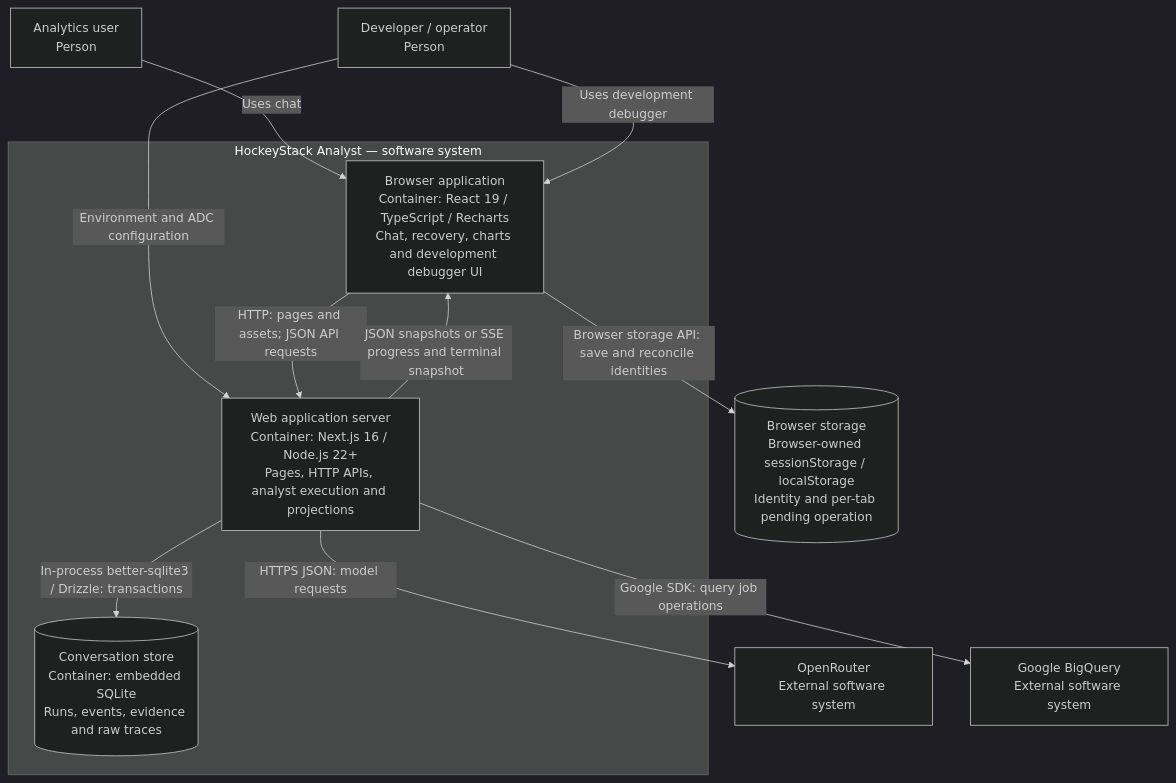
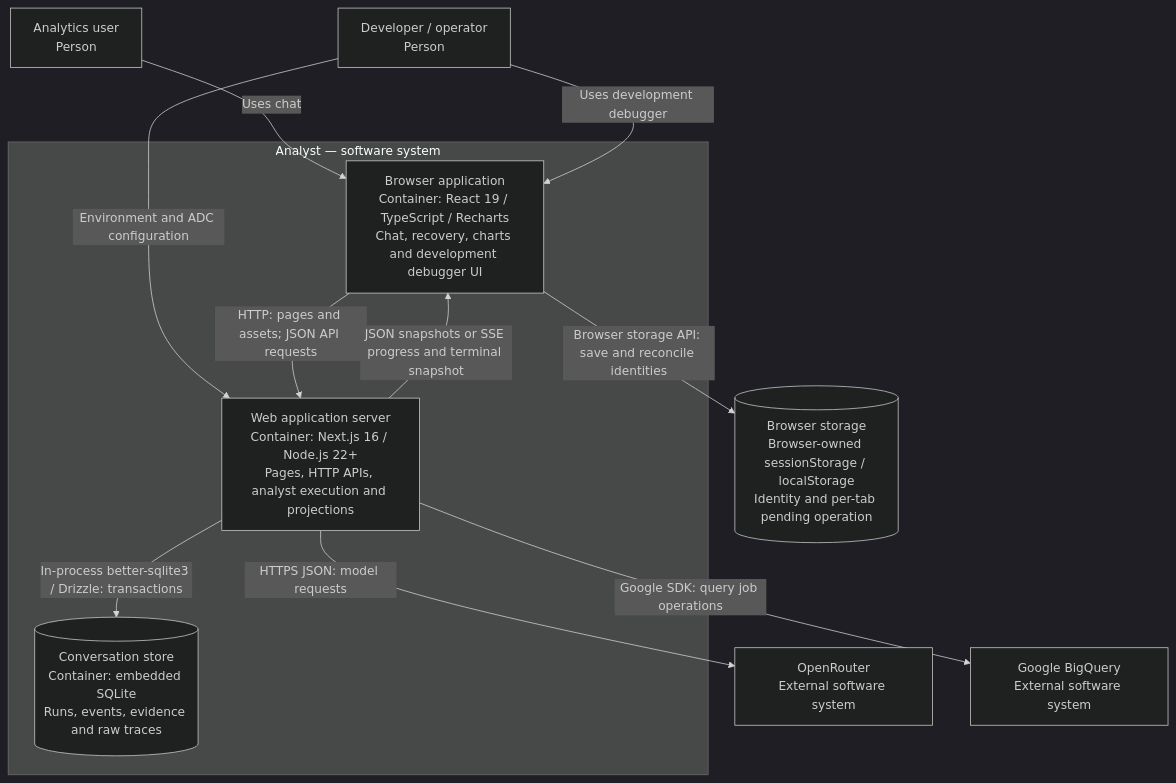
One commit to kubasienki/aiAnalyst changed the diagram in docs/architecture/02-containers.md. Above: the diagram before and after it, drawn with Mermaid (dark theme). The commit also changed 18 other files, not shown here.

````diff
--- a/docs/architecture/02-containers.md
+++ b/docs/architecture/02-containers.md
@@ -5,22 +5,22 @@
 ```mermaid
 flowchart TB
     user["Analytics user\nPerson"]
     operator["Developer / operator\nPerson"]
-    subgraph system["HockeyStack Analyst — software system"]
+    subgraph system["Analyst — software system"]
         browser["Browser application\nContainer: React 19 / TypeScript / Recharts\nChat, recovery, charts and development debugger UI"]
         server["Web application server\nContainer: Next.js 16 / Node.js 22+\nPages, HTTP APIs, analyst execution and projections"]
         sqlite[("Conversation store\nContainer: embedded SQLite\nRuns, events, evidence and raw traces")]
     end
     storage[("Browser storage\nBrowser-owned sessionStorage / localStorage\nIdentity and per-tab pending operation")]
     router["OpenRouter\nExternal software system"]
     warehouse["Google BigQuery\nExternal software system"]
     user -->|"Uses chat"| browser
     operator -->|"Uses development debugger"| browser
     operator -->|"Environment and ADC configuration"| server
     browser -->|"HTTP: pages and assets; JSON API requests"| server
     server -->|"JSON snapshots or SSE progress and terminal snapshot"| browser
     browser -->|"Browser storage API: save and reconcile identities"| storage
     server -->|"In-process better-sqlite3 / Drizzle: transactions"| sqlite
     server -->|"HTTPS JSON: model requests"| router
     server -->|"Google SDK: query job operations"| warehouse
 ```
````
